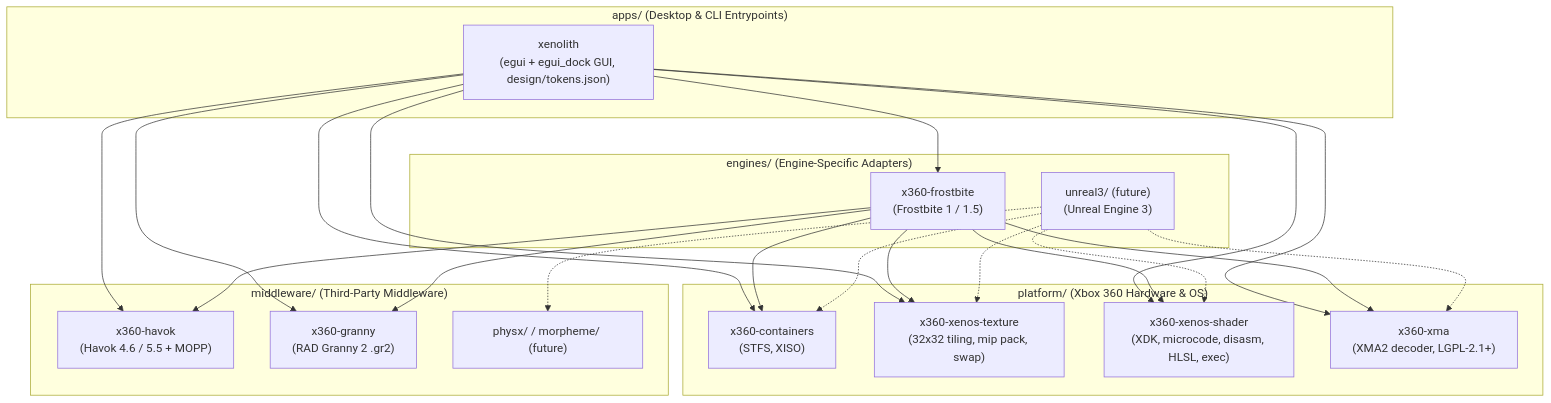
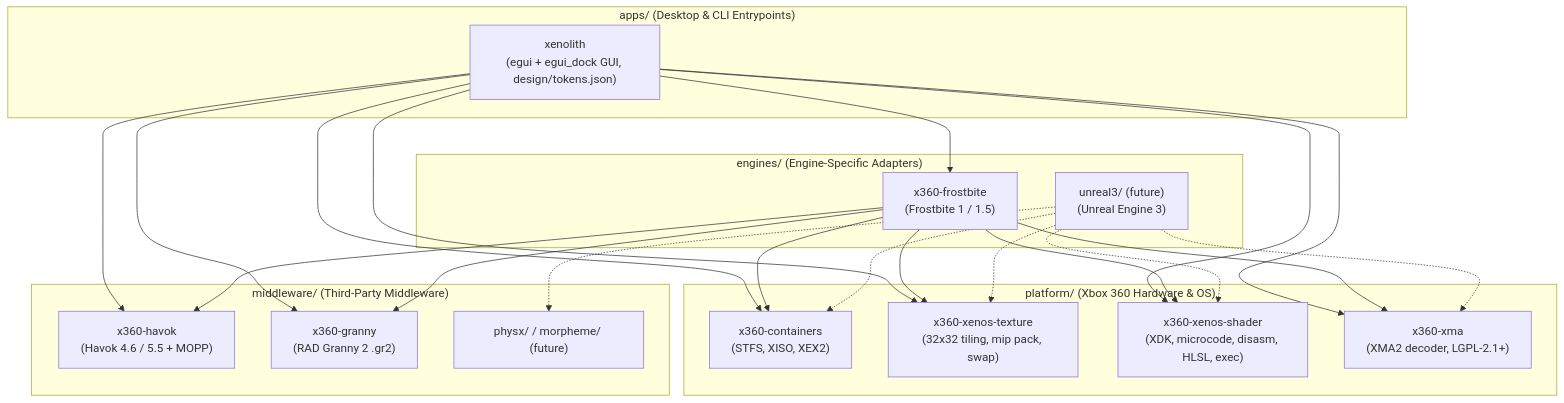
One commit to mathewsbinny/xenolith changed the first of 2 diagrams in docs/ARCHITECTURE.md. Above: the diagram before and after it, drawn with Mermaid. The commit also changed 35 other files, not shown here.

````diff
--- a/docs/ARCHITECTURE.md
+++ b/docs/ARCHITECTURE.md
@@ -24,45 +24,45 @@
 ```mermaid
 flowchart TD
     subgraph Apps["apps/ (Desktop & CLI Entrypoints)"]
         XN["xenolith<br/>(egui + egui_dock GUI, design/tokens.json)"]
     end
 
     subgraph Engines["engines/ (Engine-Specific Adapters)"]
         FB["x360-frostbite<br/>(Frostbite 1 / 1.5)"]
         UE3["unreal3/ (future)<br/>(Unreal Engine 3)"]
     end
 
     subgraph Middleware["middleware/ (Third-Party Middleware)"]
         HK["x360-havok<br/>(Havok 4.6 / 5.5 + MOPP)"]
         GR["x360-granny<br/>(RAD Granny 2 .gr2)"]
         PX["physx/ / morpheme/ (future)"]
     end
 
     subgraph Platform["platform/ (Xbox 360 Hardware & OS)"]
-        CT["x360-containers<br/>(STFS, XISO)"]
+        CT["x360-containers<br/>(STFS, XISO, XEX2)"]
         XT["x360-xenos-texture<br/>(32x32 tiling, mip pack, swap)"]
         XS["x360-xenos-shader<br/>(XDK, microcode, disasm, HLSL, exec)"]
         XM["x360-xma<br/>(XMA2 decoder, LGPL-2.1+)"]
     end
 
     XN --> FB
     XN --> CT
     XN --> XT
     XN --> XS
     XN --> XM
     XN --> HK
     XN --> GR
 
     FB --> CT
     FB --> XT
     FB --> XS
     FB --> XM
     FB --> HK
     FB --> GR
 
     UE3 -.-> CT
     UE3 -.-> XT
     UE3 -.-> XS
     UE3 -.-> XM
     UE3 -.-> PX
 ```
````
